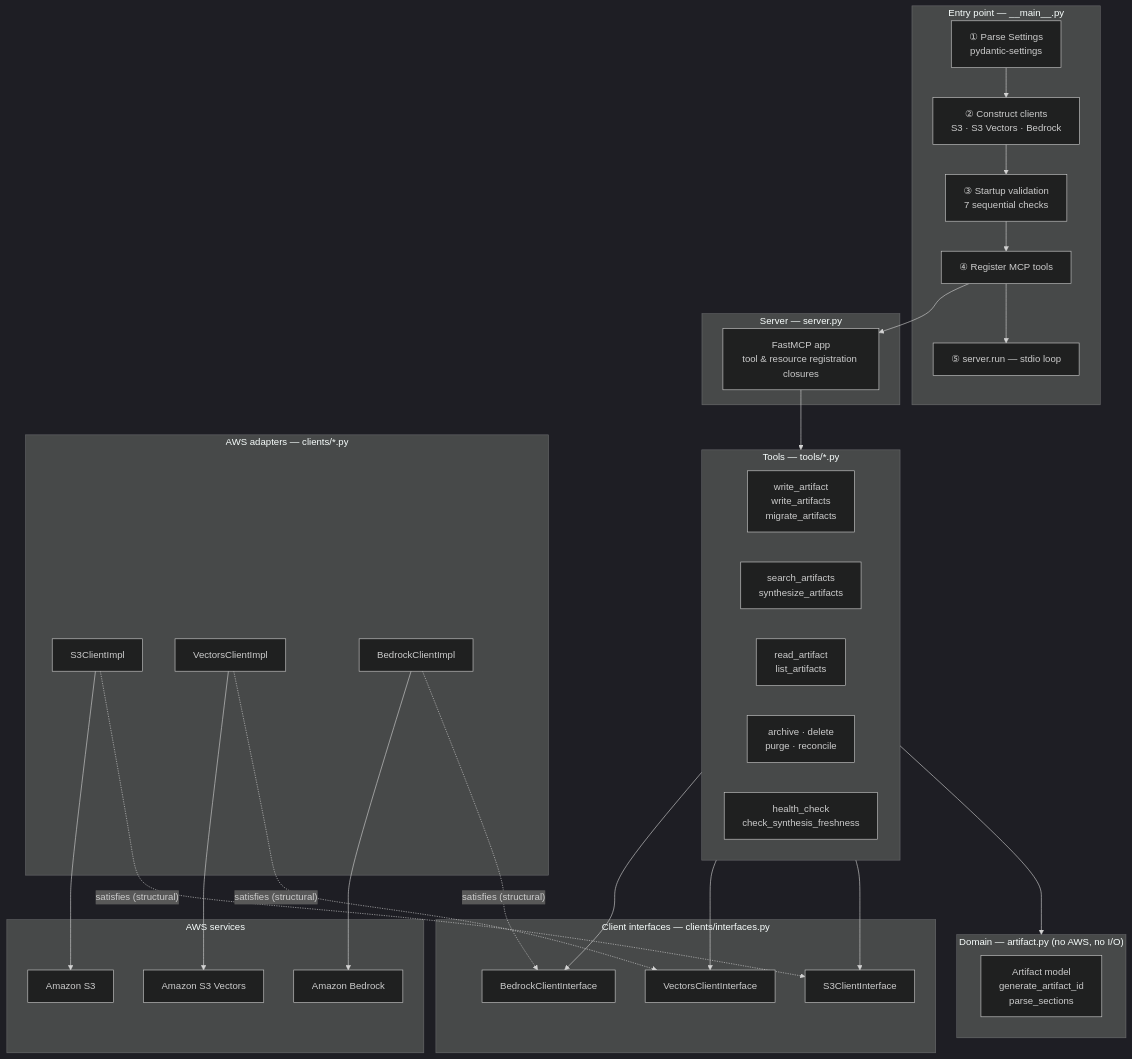
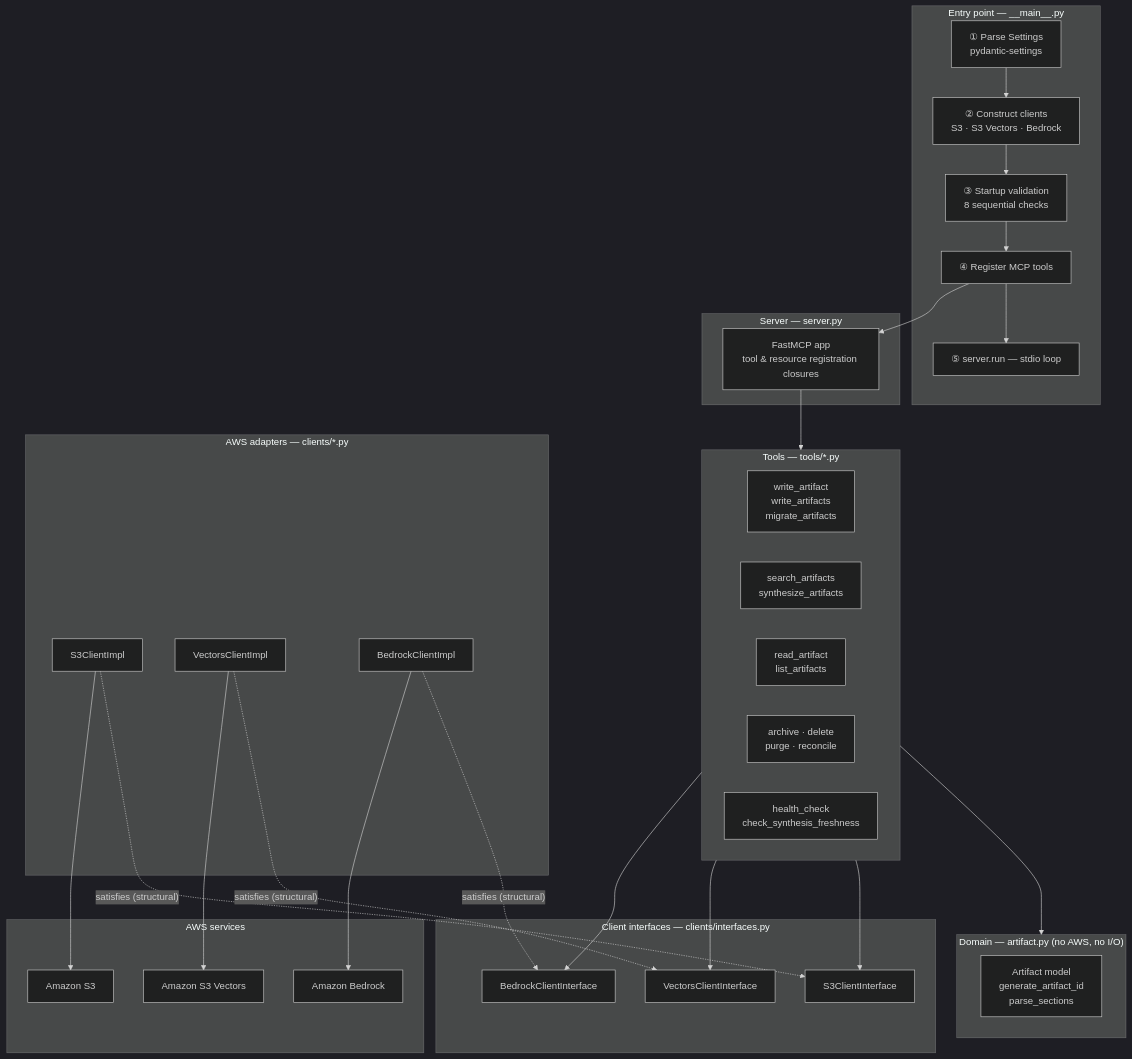
One commit to amanoxsolutions/arkeology changed the second of 3 diagrams in docs/architecture-decisions/overview.md. Above: the diagram before and after it, drawn with Mermaid (dark theme). The commit also changed other lines of this file and 33 other files, not shown here.

First line of the commit message:
📝 docs: apply the 2026-11-10 architecture review to the design record

````diff
--- a/docs/architecture-decisions/overview.md
+++ b/docs/architecture-decisions/overview.md
@@ -55,59 +58,59 @@
 ```mermaid
 graph TD
     subgraph Entry["Entry point — __main__.py"]
         CFG["① Parse Settings\npydantic-settings"]
         CLI["② Construct clients\nS3 · S3 Vectors · Bedrock"]
-        SV["③ Startup validation\n7 sequential checks"]
+        SV["③ Startup validation\n8 sequential checks"]
         REG["④ Register MCP tools"]
         RUN["⑤ server.run — stdio loop"]
         CFG --> CLI --> SV --> REG --> RUN
     end
 
     subgraph ServerLayer["Server — server.py"]
         FM["FastMCP app\ntool & resource registration closures"]
     end
 
     subgraph ToolLayer["Tools — tools/*.py"]
         direction LR
         TW["write_artifact\nwrite_artifacts\nmigrate_artifacts"]
         TS["search_artifacts\nsynthesize_artifacts"]
         TR["read_artifact\nlist_artifacts"]
         TM["archive · delete\npurge · reconcile"]
         TH["health_check\ncheck_synthesis_freshness"]
     end
 
     subgraph DomainLayer["Domain — artifact.py (no AWS, no I/O)"]
         DM["Artifact model\ngenerate_artifact_id\nparse_sections"]
     end
 
     subgraph InterfaceLayer["Client interfaces — clients/interfaces.py"]
         IS3["S3ClientInterface"]
         IV["VectorsClientInterface"]
         IB["BedrockClientInterface"]
     end
 
     subgraph AdapterLayer["AWS adapters — clients/*.py"]
         AS3["S3ClientImpl"]
         AV["VectorsClientImpl"]
         AB["BedrockClientImpl"]
     end
 
     subgraph AWSLayer["AWS services"]
         S3["Amazon S3"]
         S3V["Amazon S3 Vectors"]
         BD["Amazon Bedrock"]
     end
 
     REG --> FM
     FM --> ToolLayer
     ToolLayer --> DomainLayer
     ToolLayer --> IS3
     ToolLayer --> IV
     ToolLayer --> IB
     AS3 -. "satisfies (structural)" .-> IS3
     AV -. "satisfies (structural)" .-> IV
     AB -. "satisfies (structural)" .-> IB
     AS3 --> S3
     AV --> S3V
     AB --> BD
 ```
````
